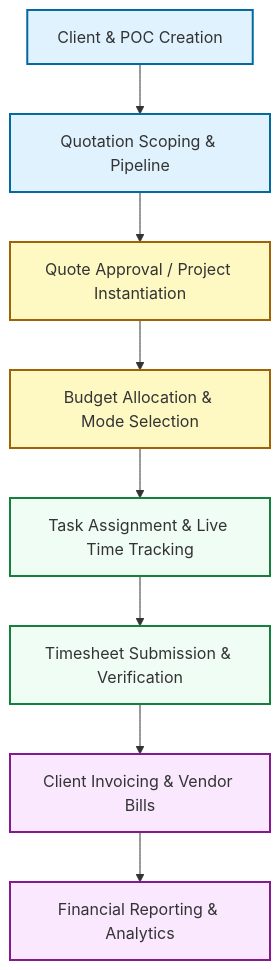
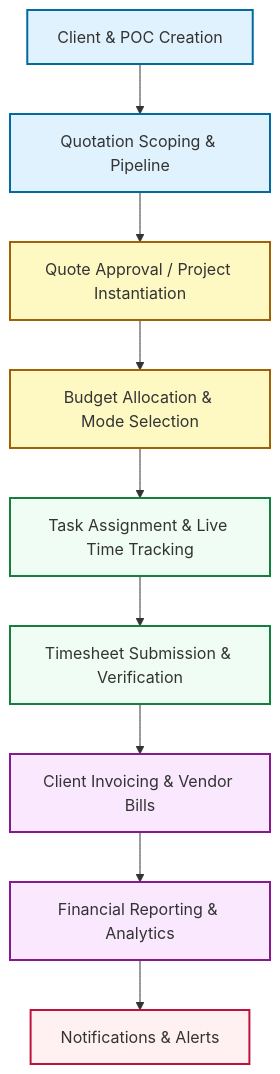
Before and after one commit to sriaMain/Budgeting: the diagram in README.md, drawn with Mermaid. The commit also changed other lines of this file and 68 other files, not shown here.

````diff
--- a/README.md
+++ b/README.md
@@ -23,19 +25,21 @@
 ```mermaid
 graph TD
     A["Client & POC Creation"] --> B["Quotation Scoping & Pipeline"]
     B --> C["Quote Approval / Project Instantiation"]
     C --> D["Budget Allocation & Mode Selection"]
     D --> E["Task Assignment & Live Time Tracking"]
     E --> F["Timesheet Submission & Verification"]
     F --> G["Client Invoicing & Vendor Bills"]
     G --> H["Financial Reporting & Analytics"]
-    
+    H --> I["Notifications & Alerts"]
+
     style A fill:#e0f2fe,stroke:#0369a1,stroke-width:2px
     style B fill:#e0f2fe,stroke:#0369a1,stroke-width:2px
     style C fill:#fef9c3,stroke:#a16207,stroke-width:2px
     style D fill:#fef9c3,stroke:#a16207,stroke-width:2px
     style E fill:#f0fdf4,stroke:#15803d,stroke-width:2px
     style F fill:#f0fdf4,stroke:#15803d,stroke-width:2px
     style G fill:#fae8ff,stroke:#86198f,stroke-width:2px
     style H fill:#fae8ff,stroke:#86198f,stroke-width:2px
+    style I fill:#fff1f2,stroke:#be123c,stroke-width:2px
 ```
````
